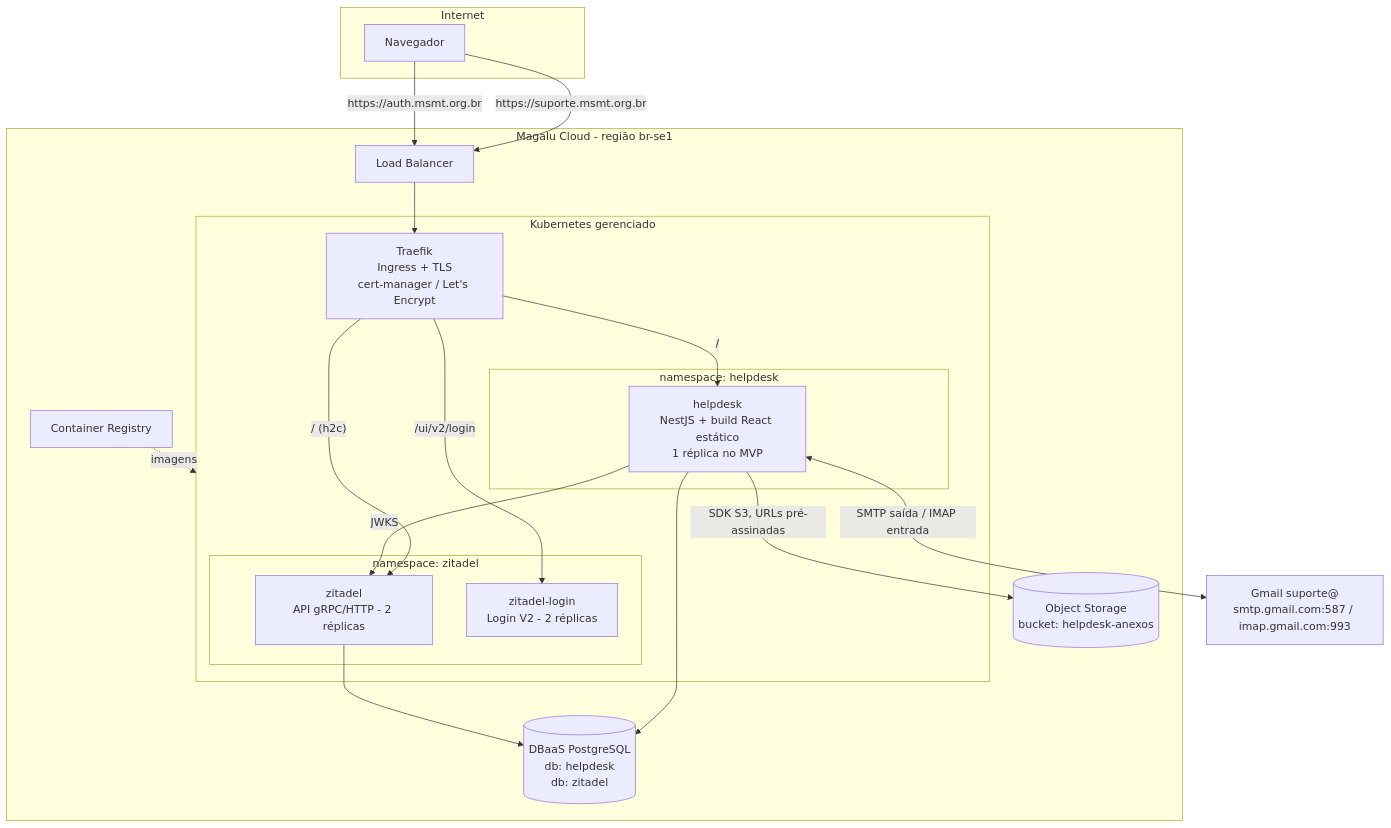
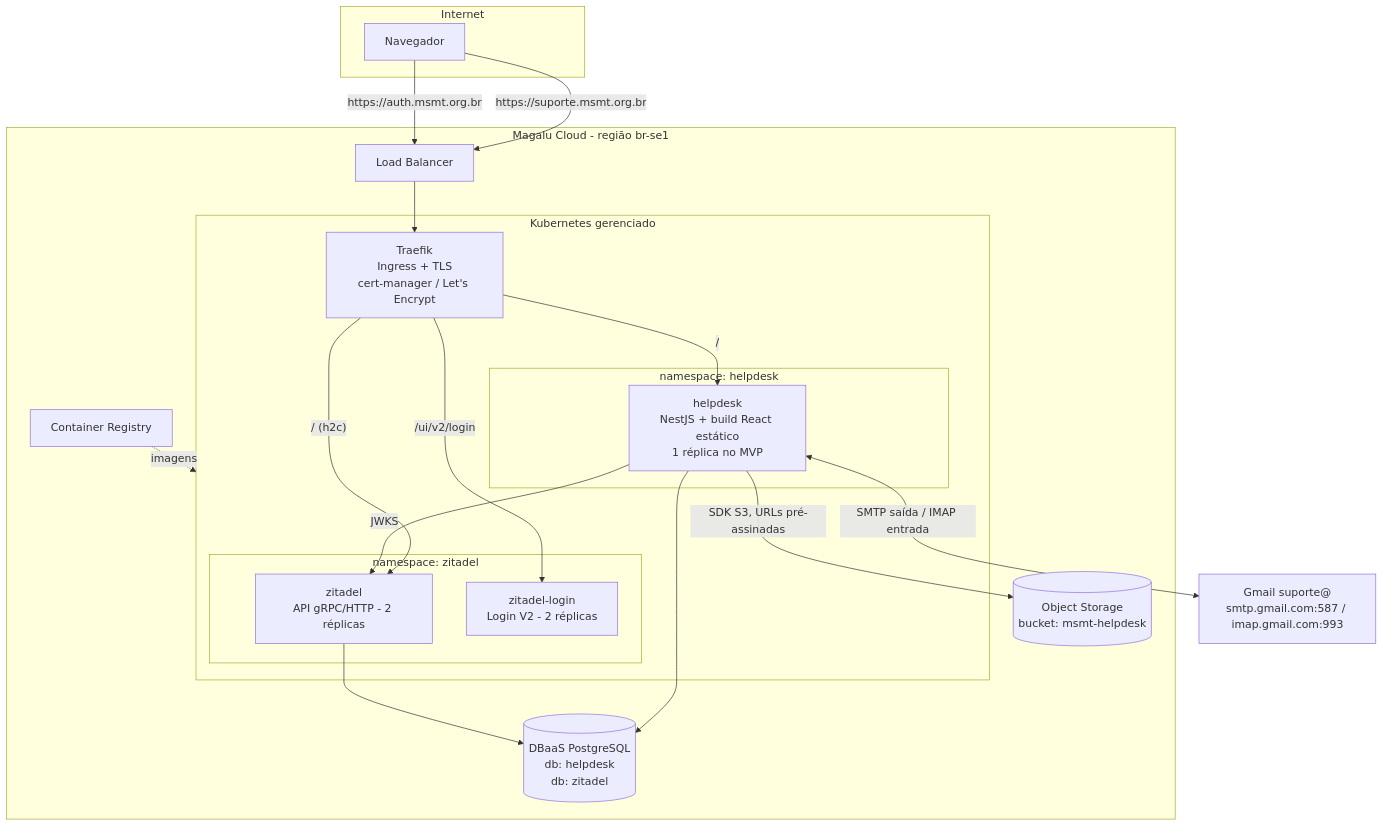
One commit to Missao-Salesiana-de-Mato-Grosso/helpdesk changed the second of 4 diagrams in docs/discovery/03-arquitetura.md. Above: the diagram before and after it, drawn with Mermaid. The commit also changed 1 other file, not shown here.

Commit message:
docs: bucket msmt-helpdesk (um por produto, pastas por uso)

````diff
--- a/docs/discovery/03-arquitetura.md
+++ b/docs/discovery/03-arquitetura.md
@@ -32,41 +32,41 @@
 ```mermaid
 flowchart TB
     subgraph Internet
         B[Navegador]
     end
 
     subgraph MGC[Magalu Cloud - região br-se1]
         LB[Load Balancer]
 
         subgraph K8S[Kubernetes gerenciado]
             T[Traefik<br/>Ingress + TLS<br/>cert-manager / Let's Encrypt]
 
             subgraph NS1[namespace: helpdesk]
                 APP[helpdesk<br/>NestJS + build React estático<br/>1 réplica no MVP]
             end
 
             subgraph NS2[namespace: zitadel]
                 ZA[zitadel<br/>API gRPC/HTTP - 2 réplicas]
                 ZL[zitadel-login<br/>Login V2 - 2 réplicas]
             end
         end
 
         DB[(DBaaS PostgreSQL<br/>db: helpdesk<br/>db: zitadel)]
-        S3[(Object Storage<br/>bucket: helpdesk-anexos)]
+        S3[(Object Storage<br/>bucket: msmt-helpdesk)]
         CR[Container Registry]
     end
 
     GM[Gmail suporte@<br/>smtp.gmail.com:587 / imap.gmail.com:993]
 
     B -->|https://suporte.msmt.org.br| LB --> T
     B -->|https://auth.msmt.org.br| LB
     T -->|/| APP
     T -->|"/ (h2c)"| ZA
     T -->|/ui/v2/login| ZL
     APP --> DB
     ZA --> DB
     APP -->|SDK S3, URLs pré-assinadas| S3
     APP <-->|SMTP saída / IMAP entrada| GM
     APP -->|JWKS| ZA
     CR -.imagens.-> K8S
 ```
````
